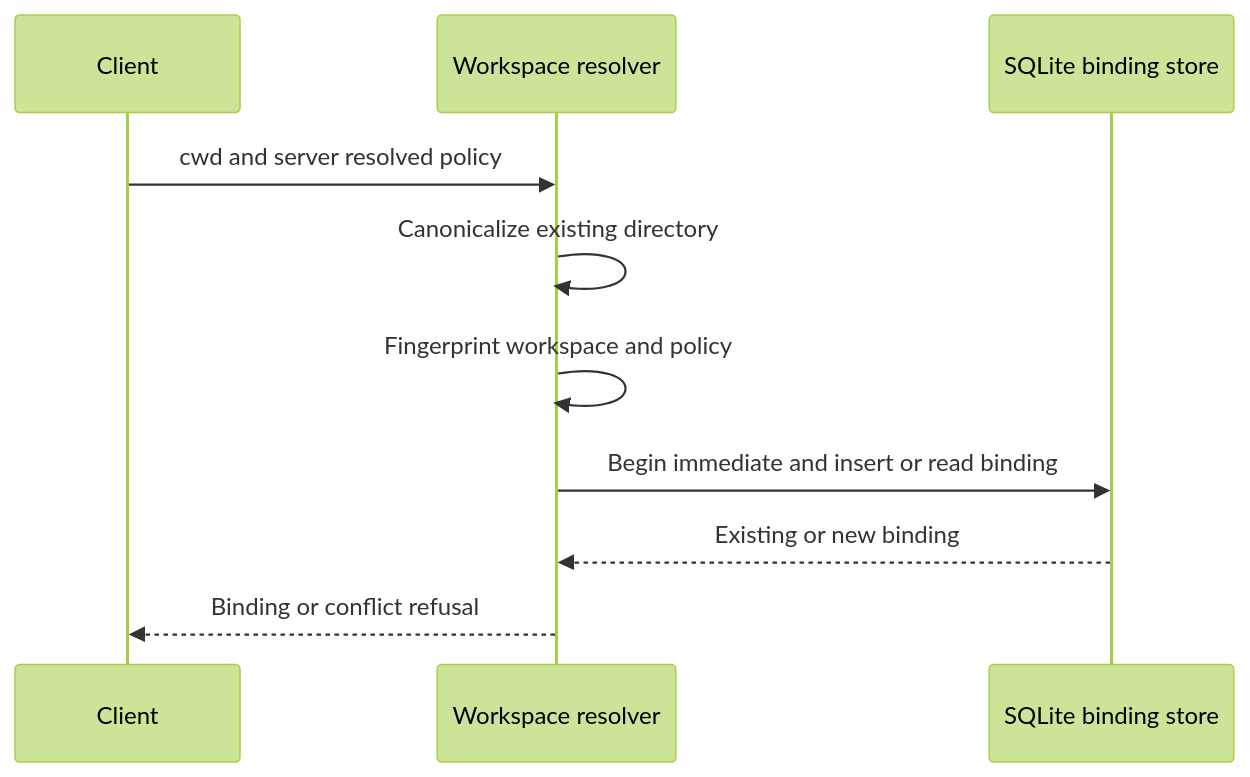
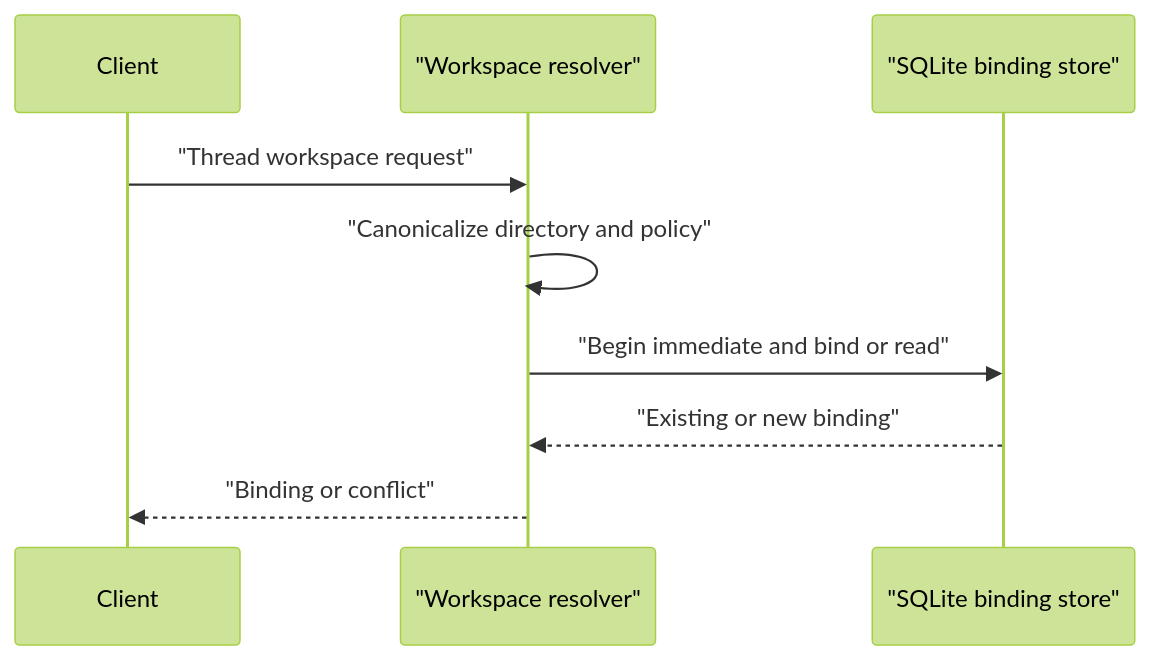
One commit to langchain-ai/deepagents changed the second of 2 diagrams in openwiki/operations/security.md. Above: the diagram before and after it, drawn with Mermaid (forest theme). The commit also changed other lines of this file and 62 other files, not shown here.

````diff
--- a/openwiki/operations/security.md
+++ b/openwiki/operations/security.md
@@ -90,12 +89,11 @@
 ```mermaid
 sequenceDiagram
     participant Client
-    participant Resolver as Workspace resolver
-    participant Store as SQLite binding store
-    Client->>Resolver: cwd and server resolved policy
-    Resolver->>Resolver: Canonicalize existing directory
-    Resolver->>Resolver: Fingerprint workspace and policy
-    Resolver->>Store: Begin immediate and insert or read binding
-    Store-->>Resolver: Existing or new binding
-    Resolver-->>Client: Binding or conflict refusal
+    participant Resolver as "Workspace resolver"
+    participant Store as "SQLite binding store"
+    Client->>Resolver: "Thread workspace request"
+    Resolver->>Resolver: "Canonicalize directory and policy"
+    Resolver->>Store: "Begin immediate and bind or read"
+    Store-->>Resolver: "Existing or new binding"
+    Resolver-->>Client: "Binding or conflict"
 ```
````
